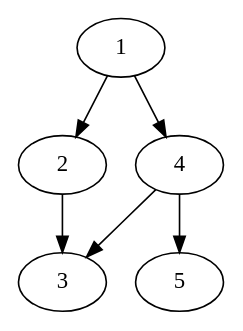
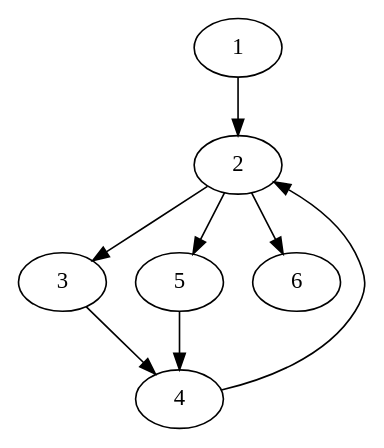
Before and after one commit to Rogielgit/GfcforTeste: the diagram in graph.dot, drawn with Graphviz. The commit also changed 5 other files, not shown here.

```diff
--- a/graph.dot
+++ b/graph.dot
@@ -1,7 +1,9 @@
 digraph {
+2 -> 3
+4 -> 2
+3 -> 4
+2 -> 5
+5 -> 4
 1 -> 2
-2 -> 3
-4 -> 5
-1 -> 4
-4 -> 3
+2 -> 6
 }
```
